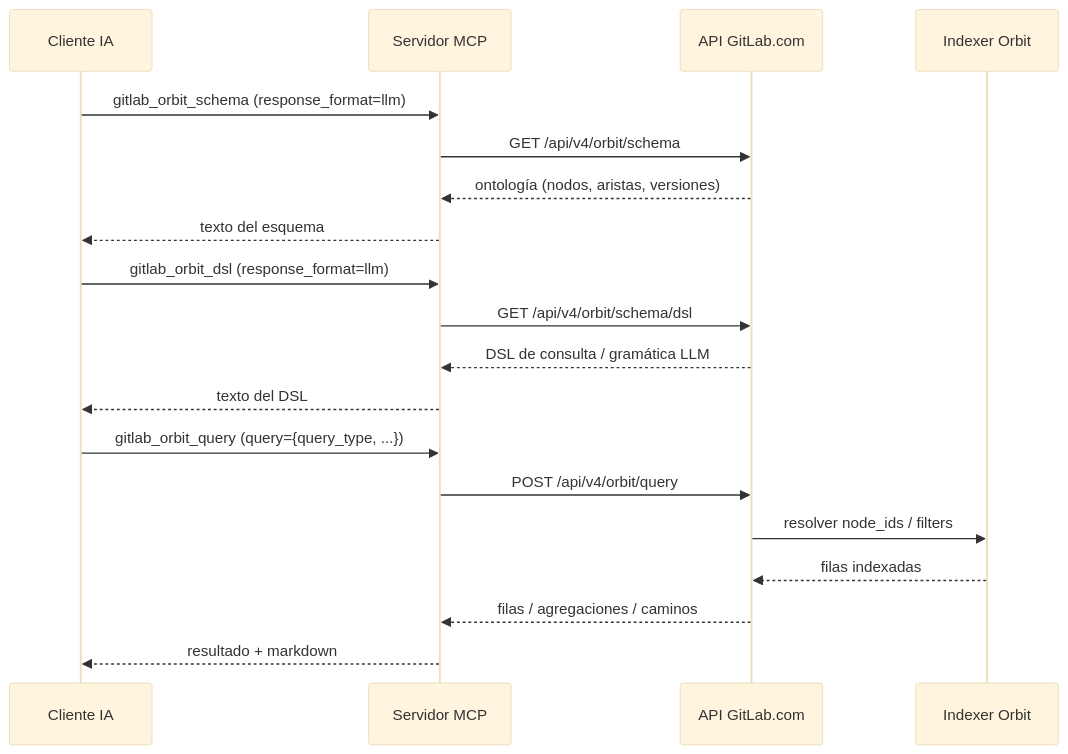
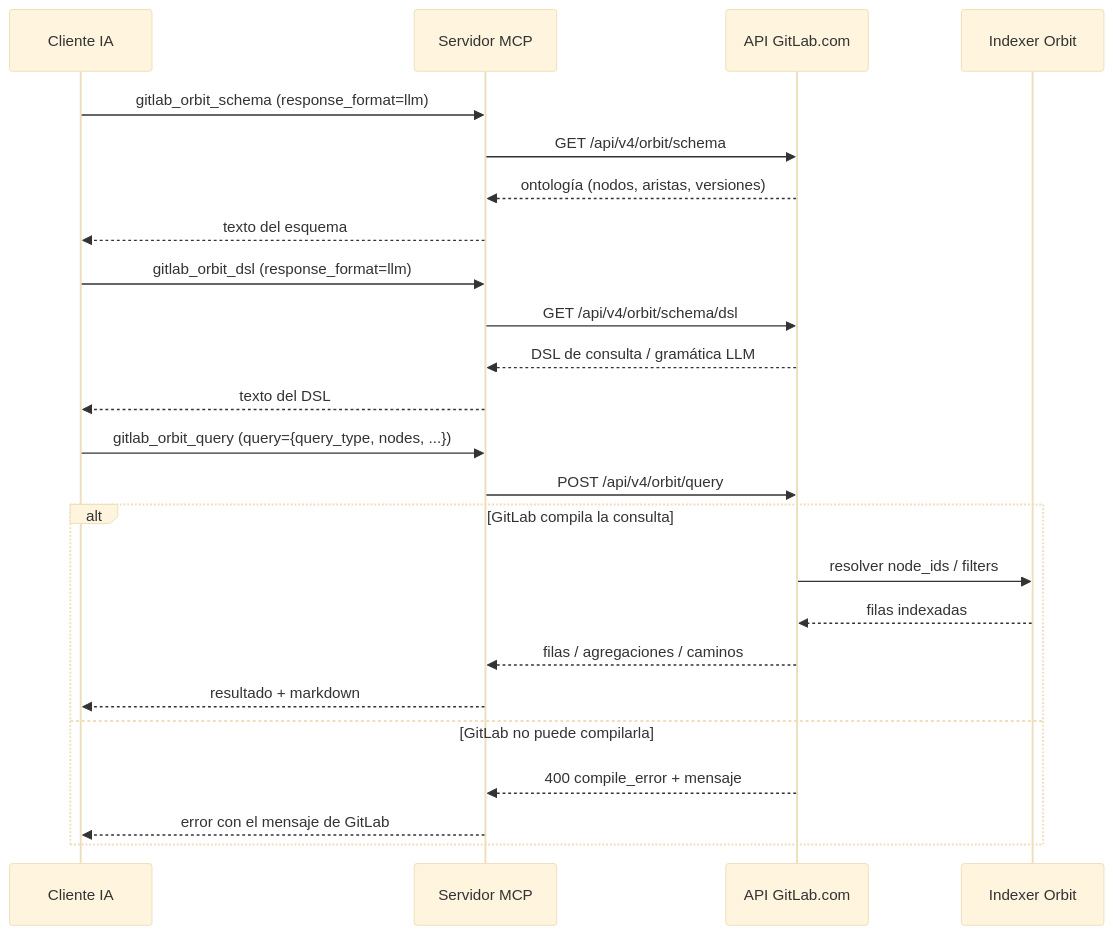
Before and after one commit to jmrplens/gitlab-mcp-server: the second of 2 diagrams in site/src/content/docs/es/tools/orbit.mdx, drawn with Mermaid (base theme). The commit also changed other lines of this file and 39 other files, not shown here.

````diff
--- a/site/src/content/docs/es/tools/orbit.mdx
+++ b/site/src/content/docs/es/tools/orbit.mdx
@@ -83,24 +102,29 @@
 ```mermaid
 sequenceDiagram
     participant LLM as Cliente IA
     participant MCP as Servidor MCP
     participant GL as API GitLab.com
     participant IDX as Indexer Orbit
 
     LLM->>MCP: gitlab_orbit_schema (response_format=llm)
     MCP->>GL: GET /api/v4/orbit/schema
     GL-->>MCP: ontología (nodos, aristas, versiones)
     MCP-->>LLM: texto del esquema
 
     LLM->>MCP: gitlab_orbit_dsl (response_format=llm)
     MCP->>GL: GET /api/v4/orbit/schema/dsl
     GL-->>MCP: DSL de consulta / gramática LLM
     MCP-->>LLM: texto del DSL
 
-    LLM->>MCP: gitlab_orbit_query (query={query_type, ...})
+    LLM->>MCP: gitlab_orbit_query (query={query_type, nodes, ...})
     MCP->>GL: POST /api/v4/orbit/query
-    GL->>IDX: resolver node_ids / filters
-    IDX-->>GL: filas indexadas
-    GL-->>MCP: filas / agregaciones / caminos
-    MCP-->>LLM: resultado + markdown
+    alt GitLab compila la consulta
+        GL->>IDX: resolver node_ids / filters
+        IDX-->>GL: filas indexadas
+        GL-->>MCP: filas / agregaciones / caminos
+        MCP-->>LLM: resultado + markdown
+    else GitLab no puede compilarla
+        GL-->>MCP: 400 compile_error + mensaje
+        MCP-->>LLM: error con el mensaje de GitLab
+    end
 ```
````
